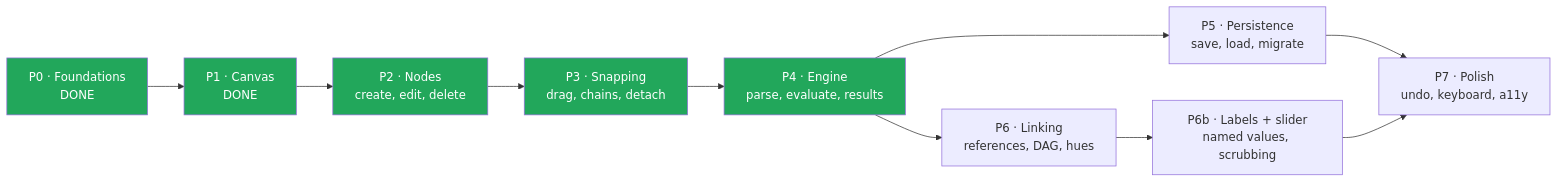
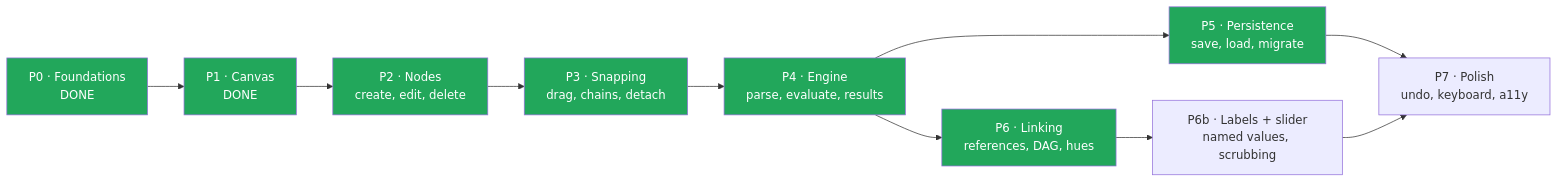
One commit to tousifosman/CalcMind changed the first of 5 diagrams in docs/DEVELOPMENT_PLAN.md. Above: the diagram before and after it, drawn with Mermaid. The commit also changed other lines of this file and 1 other file, not shown here.

````diff
--- a/docs/DEVELOPMENT_PLAN.md
+++ b/docs/DEVELOPMENT_PLAN.md
@@ -49,17 +49,19 @@
 ```mermaid
 flowchart LR
     P0["P0 · Foundations<br/>DONE"] --> P1["P1 · Canvas<br/>DONE"]
     P1 --> P2["P2 · Nodes<br/>create, edit, delete"]
     P2 --> P3["P3 · Snapping<br/>drag, chains, detach"]
     P3 --> P4["P4 · Engine<br/>parse, evaluate, results"]
     P4 --> P5["P5 · Persistence<br/>save, load, migrate"]
     P4 --> P6["P6 · Linking<br/>references, DAG, hues"]
     P6 --> P6b["P6b · Labels + slider<br/>named values, scrubbing"]
     P5 --> P7["P7 · Polish<br/>undo, keyboard, a11y"]
     P6b --> P7
     style P0 fill:#22A75B,color:#fff
     style P1 fill:#22A75B,color:#fff
     style P2 fill:#22A75B,color:#fff
     style P3 fill:#22A75B,color:#fff
     style P4 fill:#22A75B,color:#fff
+    style P5 fill:#22A75B,color:#fff
+    style P6 fill:#22A75B,color:#fff
 ```
````
